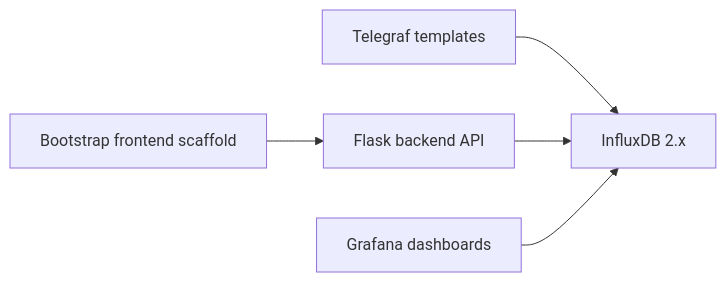
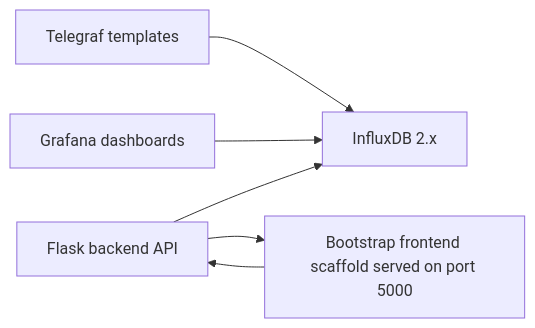
The diagram in docs/architecture.md (idbrmun-debug/fems-next), drawn with Mermaid before and after one commit. The commit also changed 2 other files, not shown here.

Commit message:
신규 커밋

````diff
--- a/docs/architecture.md
+++ b/docs/architecture.md
@@ -10,7 +10,8 @@
 ```mermaid
 flowchart LR
     Telegraf["Telegraf templates"] --> InfluxDB["InfluxDB 2.x"]
     Backend["Flask backend API"] --> InfluxDB
     Grafana["Grafana dashboards"] --> InfluxDB
-    Frontend["Bootstrap frontend scaffold"] --> Backend
+    Backend --> Frontend["Bootstrap frontend scaffold served on port 5000"]
+    Frontend --> Backend
 ```
````
